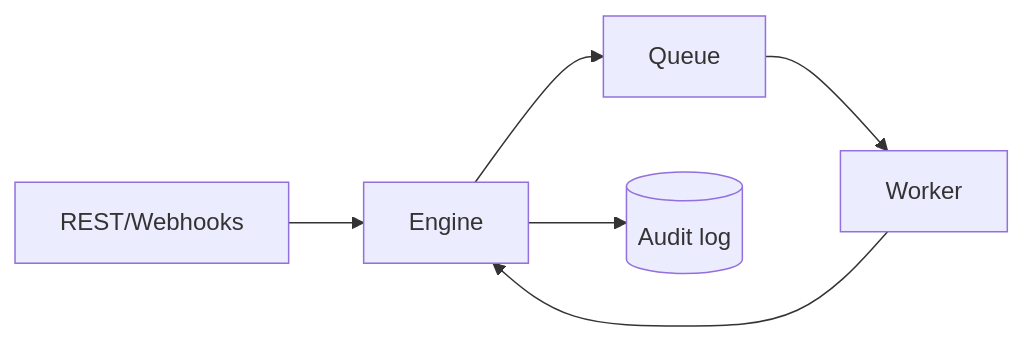
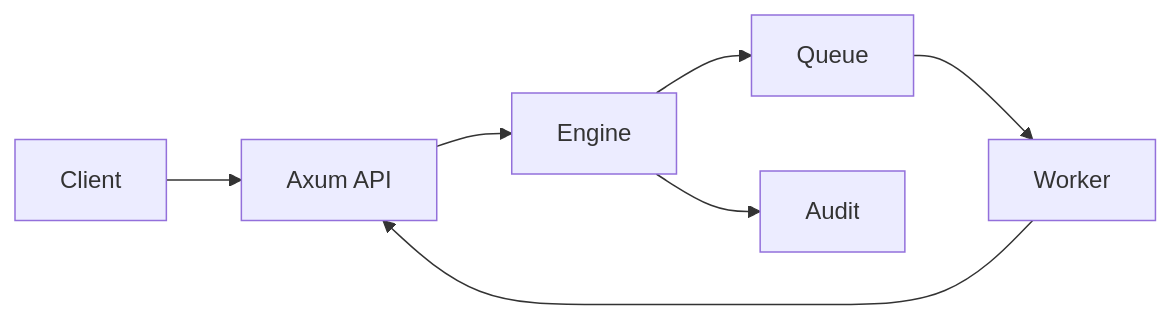
One commit to ekowbaah/forgeflow changed the diagram in README.md. Above: the diagram before and after it, drawn with Mermaid. The commit also changed other lines of this file, not shown here.

````diff
--- a/README.md
+++ b/README.md
@@ -4,8 +9,9 @@
 ```mermaid
 flowchart LR
-  API[REST/Webhooks] --> Engine
+  Client --> API[Axum API]
+  API --> Engine
   Engine --> Queue
   Queue --> Worker
-  Worker --> Engine
-  Engine --> Audit[(Audit log)]
+  Worker --> API
+  Engine --> Audit
 ```
````
